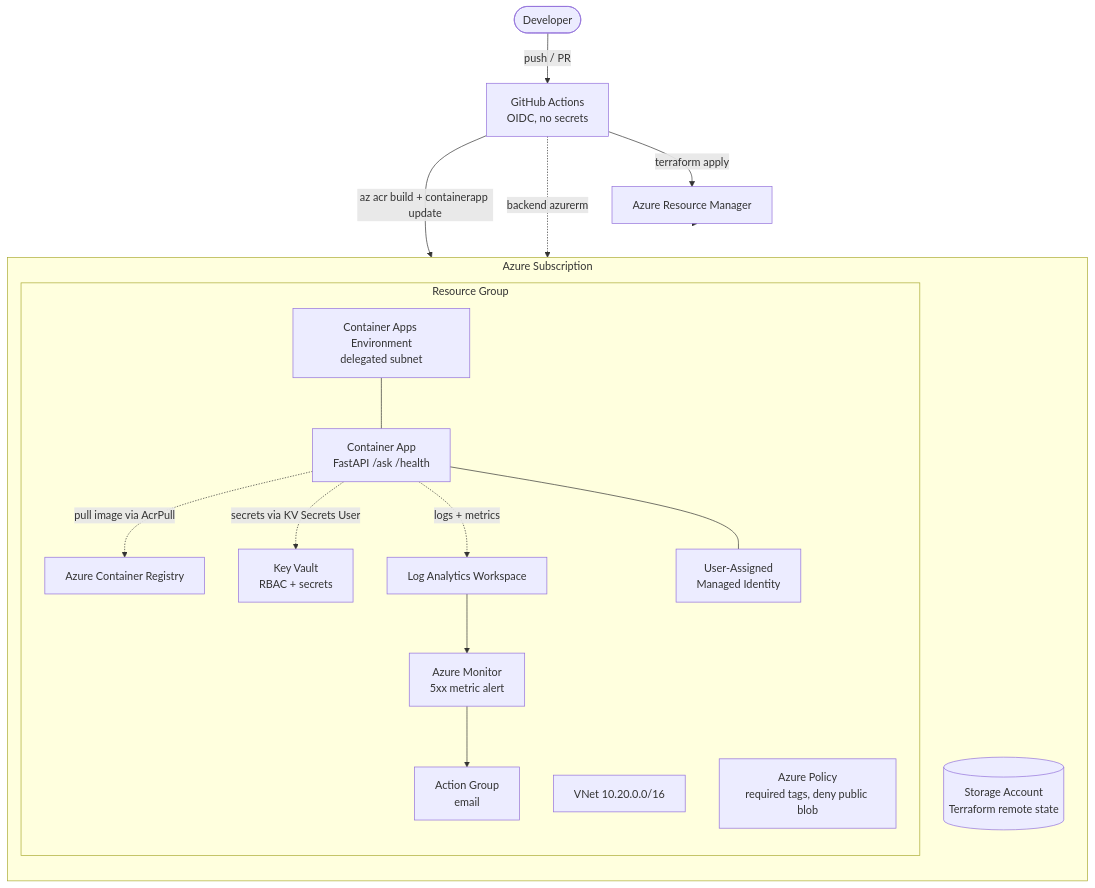
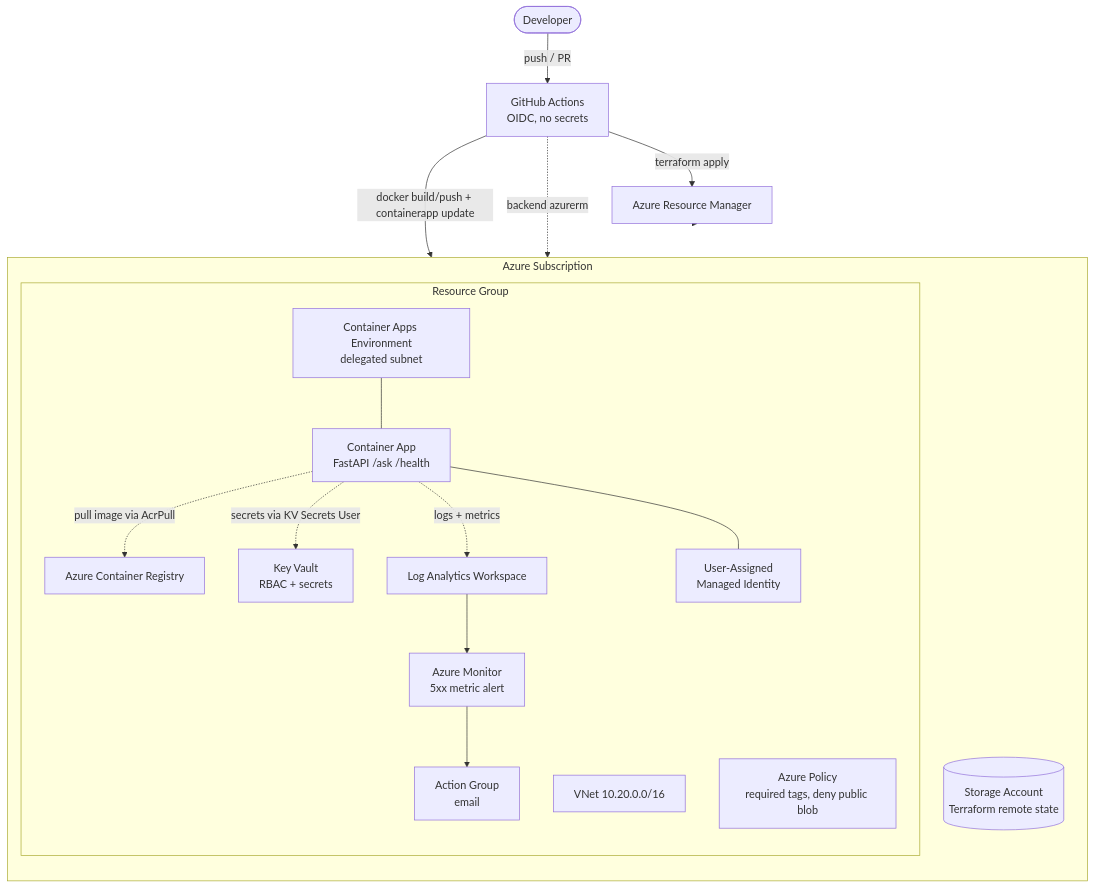
One commit to farheenfathimaa/azure-ai-service-infra changed the diagram in README.md. Above: the diagram before and after it, drawn with Mermaid. The commit also changed other lines of this file and 2 other files, not shown here.

First line of the commit message:
fix(ci): build images with docker and add cost-safe provider toggles

````diff
--- a/README.md
+++ b/README.md
@@ -23,32 +23,32 @@
 ```mermaid
 flowchart TB
     dev([Developer]) -->|push / PR| gh[GitHub Actions<br/>OIDC, no secrets]
     gh -->|terraform apply| az[Azure Resource Manager]
-    gh -->|az acr build + containerapp update| acr
+    gh -->|docker build/push + containerapp update| acr
 
     subgraph sub[Azure Subscription]
         direction TB
         state[(Storage Account<br/>Terraform remote state)]
         subgraph rg[Resource Group]
             vnet[VNet 10.20.0.0/16]
             acr[Azure Container Registry]
             caenv[Container Apps Environment<br/>delegated subnet]
             ca[Container App<br/>FastAPI /ask /health]
             kv[Key Vault<br/>RBAC + secrets]
             uami[User-Assigned<br/>Managed Identity]
             law[Log Analytics Workspace]
             alert[Azure Monitor<br/>5xx metric alert]
             ag[Action Group<br/>email]
             pol[Azure Policy<br/>required tags, deny public blob]
         end
     end
 
     ca -.->|pull image via AcrPull| acr
     ca -.->|secrets via KV Secrets User| kv
     ca -.->|logs + metrics| law
     law --> alert --> ag
     caenv --- ca
     ca --- uami
     az --> rg
     gh -.->|backend azurerm| state
 ```
````
